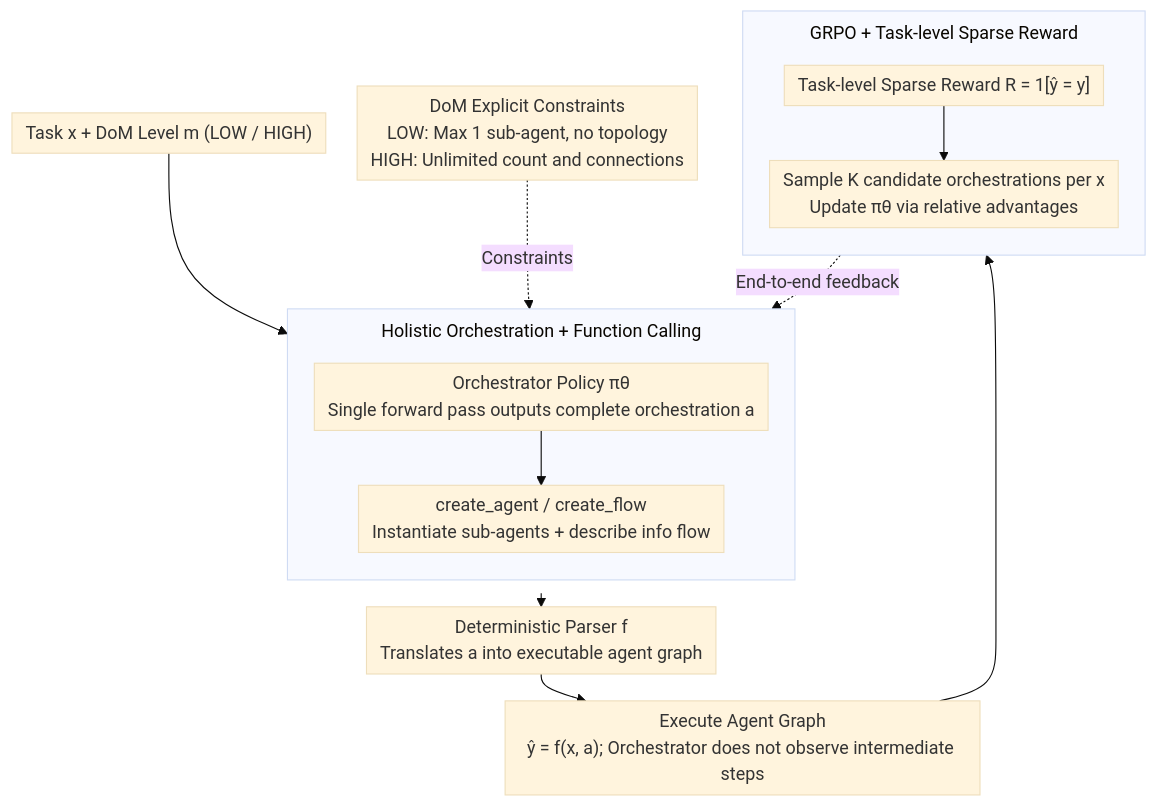
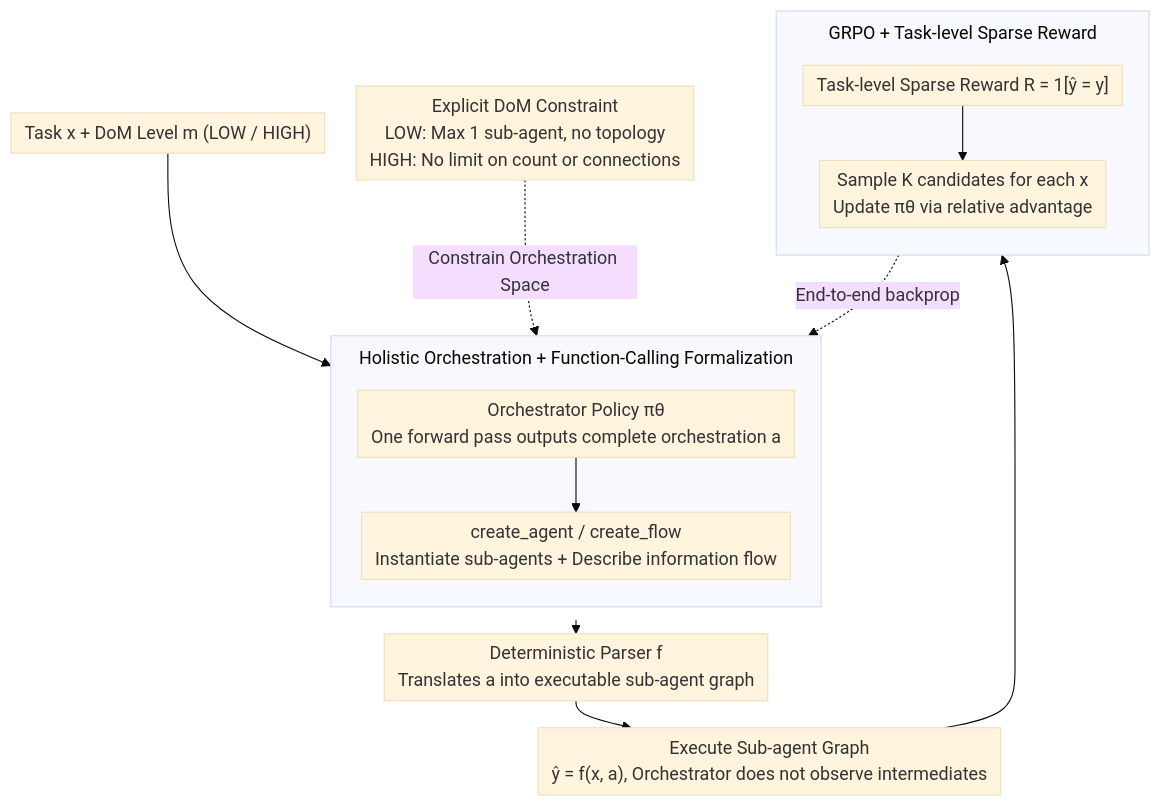
Before and after one commit to zhaoyang97/Paper-Notes-en: the diagram in docs/ICML2026/multi_agent/mas-orchestra_understanding_and_improving_multi-agent_reasoning_through_holistic.md, drawn with Mermaid (base theme). The commit also changed other lines of this file and 5084 other files, not shown here.

````diff
--- a/docs/ICML2026/multi_agent/mas-orchestra_understanding_and_improving_multi-agent_reasoning_through_holistic.md
+++ b/docs/ICML2026/multi_agent/mas-orchestra_understanding_and_improving_multi-agent_reasoning_through_holistic.md
@@ -44,18 +44,18 @@
 ```mermaid
 %%{init: {'flowchart': {'rankSpacing': 24, 'nodeSpacing': 28, 'padding': 6, 'wrappingWidth': 400, 'subGraphTitleMargin': {'top': 8, 'bottom': 16}}}}%%
 flowchart TD
     A["Task x + DoM Level m (LOW / HIGH)"] --> ORCH
-    DOM["DoM Explicit Constraints<br/>LOW: Max 1 sub-agent, no topology<br/>HIGH: Unlimited count and connections"] -. Constraints .-> ORCH
-    subgraph ORCH["Holistic Orchestration + Function Calling"]
+    DOM["Explicit DoM Constraint<br/>LOW: Max 1 sub-agent, no topology<br/>HIGH: No limit on count or connections"] -. Constrain Orchestration Space .-> ORCH
+    subgraph ORCH["Holistic Orchestration + Function-Calling Formalization"]
         direction TB
-        B["Orchestrator Policy πθ<br/>Single forward pass outputs complete orchestration a"] --> C["create_agent / create_flow<br/>Instantiate sub-agents + describe info flow"]
+        B["Orchestrator Policy πθ<br/>One forward pass outputs complete orchestration a"] --> C["create_agent / create_flow<br/>Instantiate sub-agents + Describe information flow"]
     end
-    ORCH --> P["Deterministic Parser f<br/>Translates a into executable agent graph"]
-    P --> E["Execute Agent Graph<br/>ŷ = f(x, a); Orchestrator does not observe intermediate steps"]
+    ORCH --> P["Deterministic Parser f<br/>Translates a into executable sub-agent graph"]
+    P --> E["Execute Sub-agent Graph<br/>ŷ = f(x, a), Orchestrator does not observe intermediates"]
     subgraph TRAIN["GRPO + Task-level Sparse Reward"]
         direction TB
-        R["Task-level Sparse Reward R = 1[ŷ = y]"] --> G["Sample K candidate orchestrations per x<br/>Update πθ via relative advantages"]
+        R["Task-level Sparse Reward R = 1[ŷ = y]"] --> G["Sample K candidates for each x<br/>Update πθ via relative advantage"]
     end
     E --> R
-    G -. End-to-end feedback .-> B
+    G -. End-to-end backprop .-> B
 ```
````
